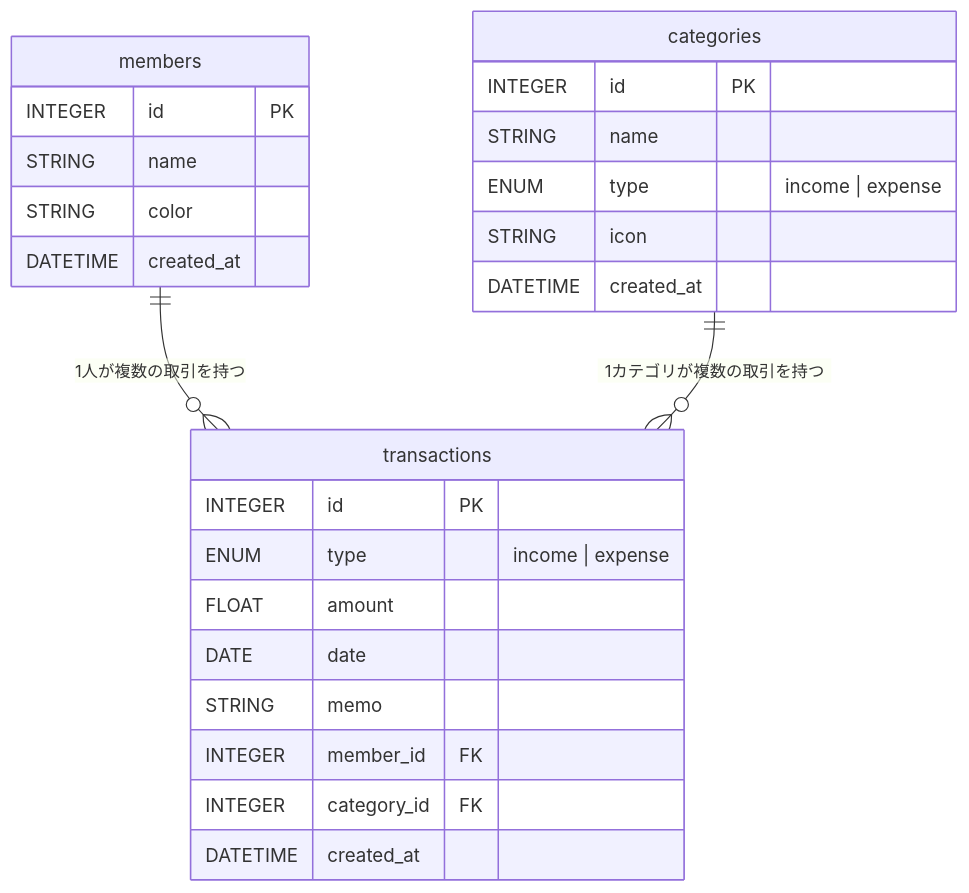
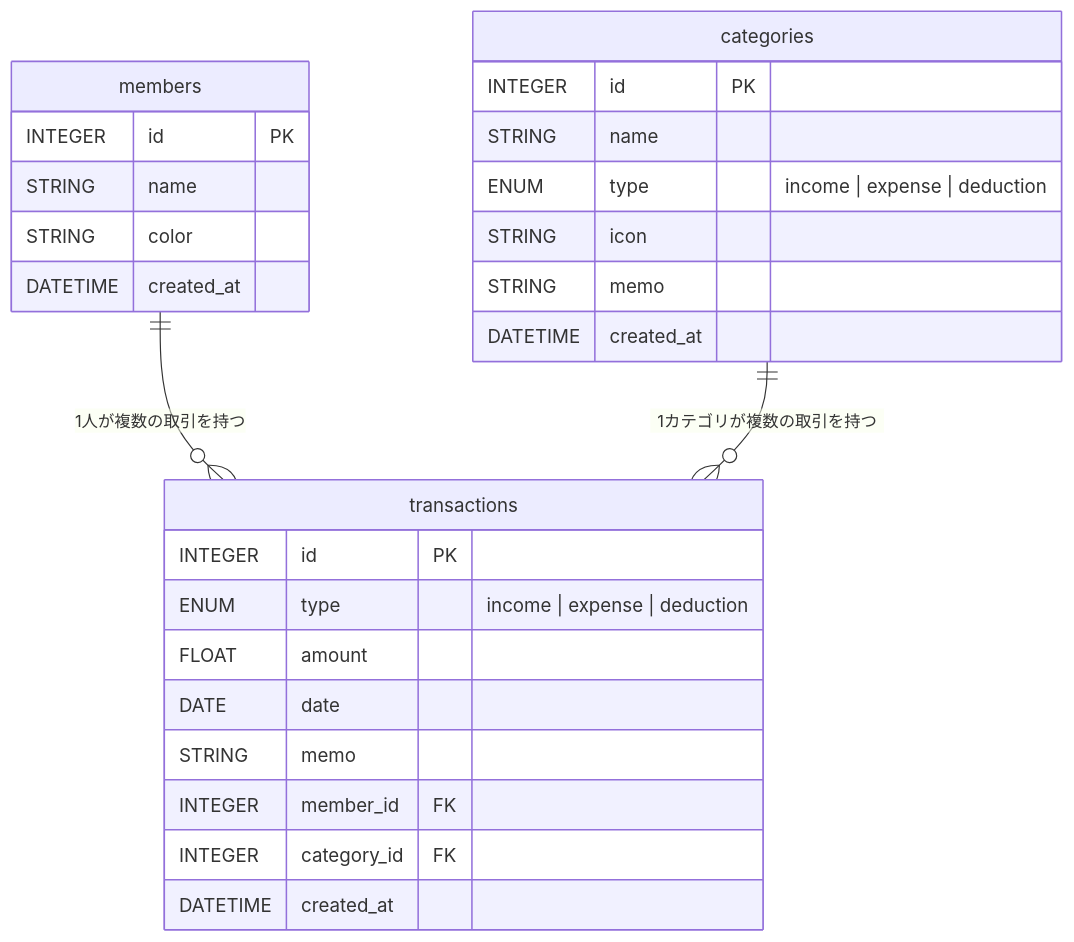
The diagram in household_account_book_app/README.md (kkJobSrc/household-account-book), drawn with Mermaid before and after one commit. The commit also changed other lines of this file and 2 other files, not shown here.

Commit message:
feat(#15): 手取り額・支出率のアコーディオン表示とアクセシビリティ修正
- Dashboard: 収入カードを手取りアコーディオン（収入/控除内訳）に変更し支出率アコーディオン（メンバー別）を追加
- Reports: 月次・期間タブの収入合計カードを手取りアコーディオンに変更、控除額カードを削除し支出率アコーディオンを追加
- B-1: 全6箇所のアコーディオンに tabIndex=0 と onKeyDown を追加（キーボード操作対応）
- B-2: 最近の記録リストで deduction タイプに amount-deduction クラスを適用
- README: deduction タイプ追記・categories.memo フィールド追加・初期データ（控除）を反映

````diff
--- a/household_account_book_app/README.md
+++ b/household_account_book_app/README.md
@@ -90,31 +92,32 @@
 ```mermaid
 erDiagram
     members {
         INTEGER id PK
         STRING  name
         STRING  color
         DATETIME created_at
     }
 
     categories {
         INTEGER id   PK
         STRING  name
-        ENUM    type "income | expense"
+        ENUM    type "income | expense | deduction"
         STRING  icon
+        STRING  memo
         DATETIME created_at
     }
 
     transactions {
         INTEGER  id          PK
-        ENUM     type        "income | expense"
+        ENUM     type        "income | expense | deduction"
         FLOAT    amount
         DATE     date
         STRING   memo
         INTEGER  member_id   FK
         INTEGER  category_id FK
         DATETIME created_at
     }
 
     members      ||--o{ transactions : "1人が複数の取引を持つ"
     categories   ||--o{ transactions : "1カテゴリが複数の取引を持つ"
 ```
````
